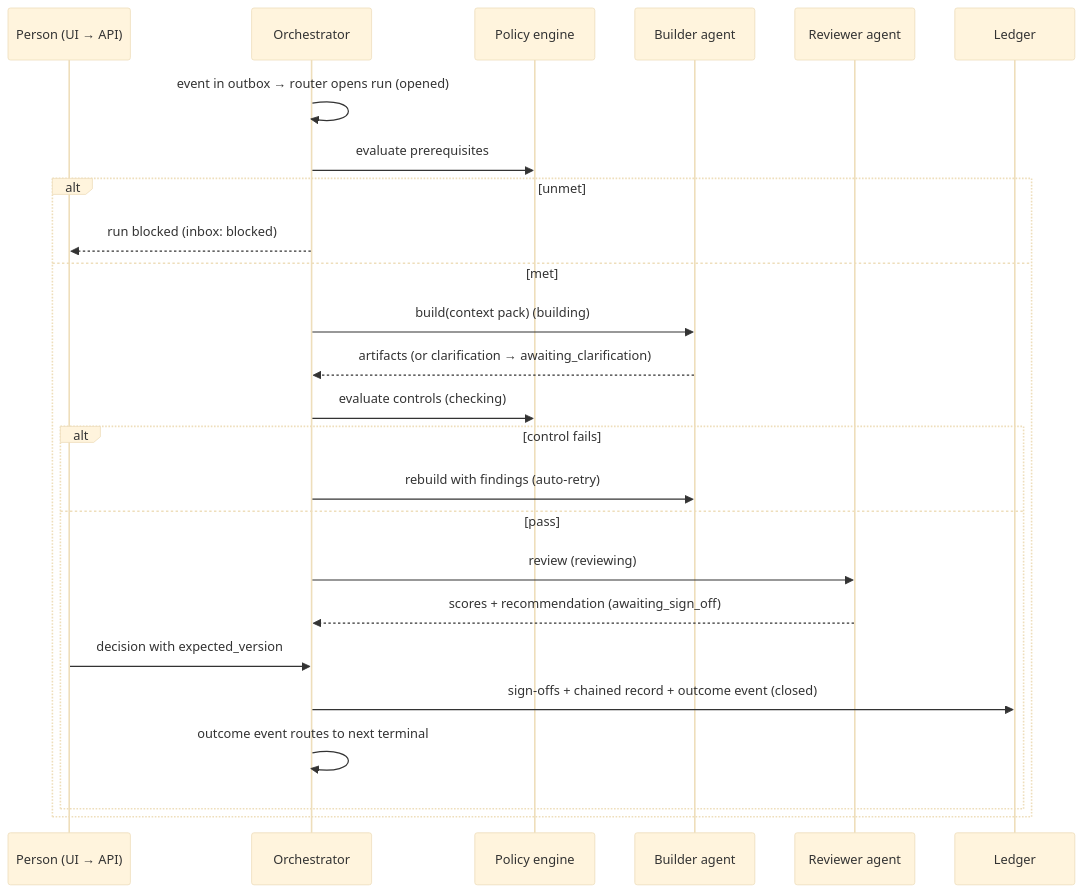
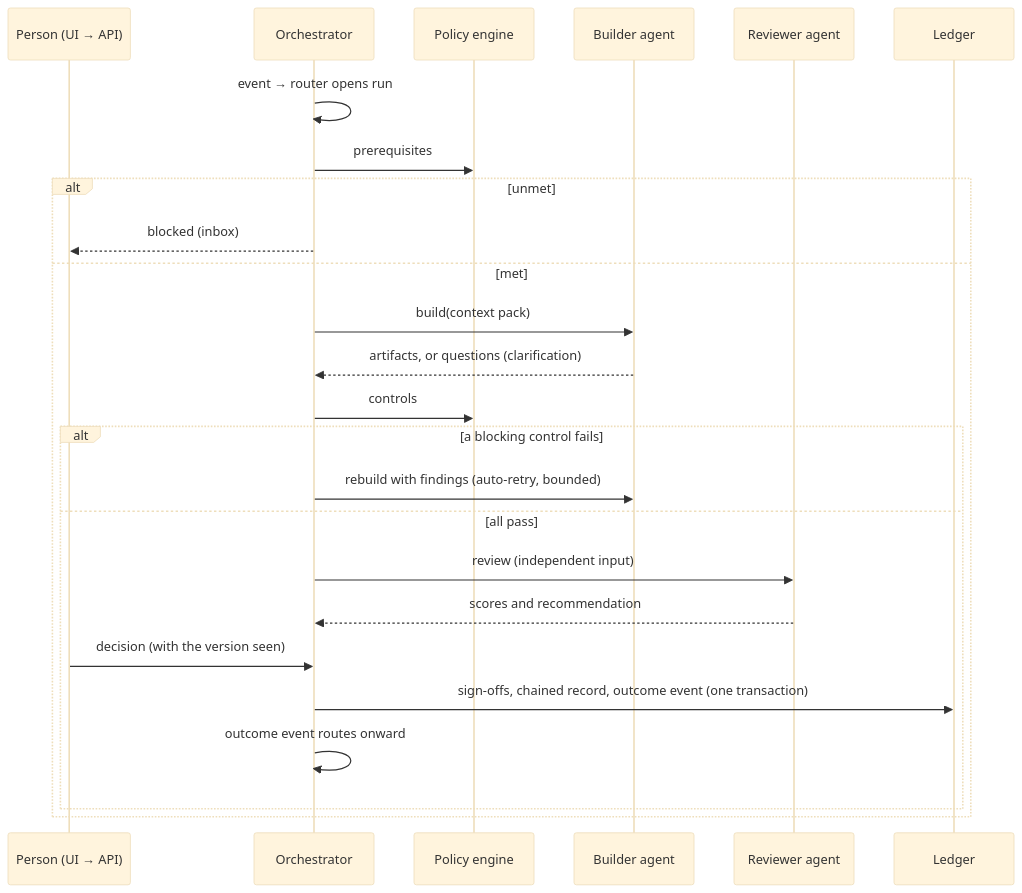
The second of 2 diagrams in docs/technical-design.md (indransec/Agentic_ADLC), drawn with Mermaid (base theme) before and after one commit. The commit also changed other lines of this file and 2 other files, not shown here.

````diff
--- a/docs/technical-design.md
+++ b/docs/technical-design.md
@@ -313,27 +190,27 @@
 ```mermaid
 sequenceDiagram
   participant P as Person (UI → API)
   participant O as Orchestrator
   participant PE as Policy engine
   participant A as Builder agent
   participant R as Reviewer agent
   participant L as Ledger
-  O->>O: event in outbox → router opens run (opened)
-  O->>PE: evaluate prerequisites
+  O->>O: event → router opens run
+  O->>PE: prerequisites
   alt unmet
-    O-->>P: run blocked (inbox: blocked)
+    O-->>P: blocked (inbox)
   else met
-    O->>A: build(context pack) (building)
-    A-->>O: artifacts (or clarification → awaiting_clarification)
-    O->>PE: evaluate controls (checking)
-    alt control fails
-      O->>A: rebuild with findings (auto-retry)
-    else pass
-      O->>R: review (reviewing)
-      R-->>O: scores + recommendation (awaiting_sign_off)
-      P->>O: decision with expected_version
-      O->>L: sign-offs + chained record + outcome event (closed)
-      O->>O: outcome event routes to next terminal
+    O->>A: build(context pack)
+    A-->>O: artifacts, or questions (clarification)
+    O->>PE: controls
+    alt a blocking control fails
+      O->>A: rebuild with findings (auto-retry, bounded)
+    else all pass
+      O->>R: review (independent input)
+      R-->>O: scores and recommendation
+      P->>O: decision (with the version seen)
+      O->>L: sign-offs, chained record, outcome event (one transaction)
+      O->>O: outcome event routes onward
     end
   end
 ```
````
